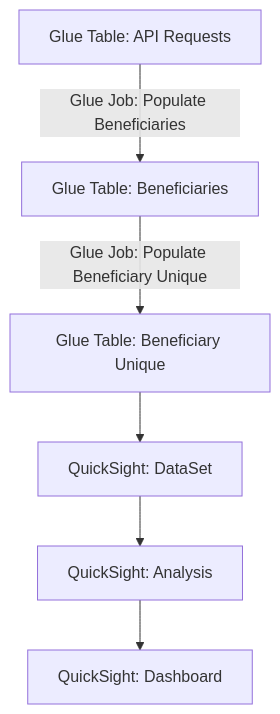
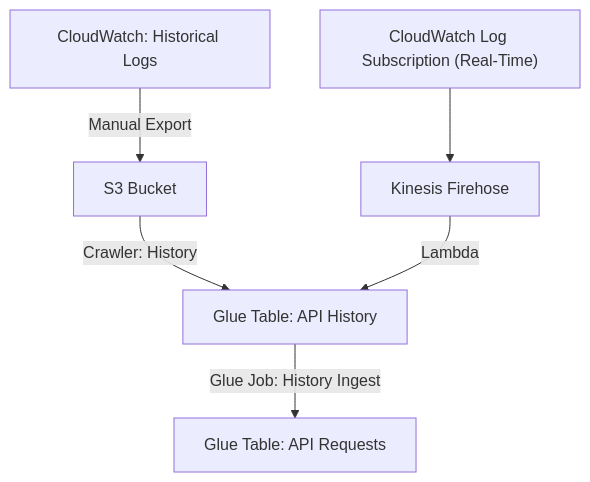
Before and after one commit to CMSgov/beneficiary-fhir-data: the diagram in insights/terraform/projects/bfd/README.md, drawn with Mermaid. The commit also changed other lines of this file and 15 other files, not shown here.

First line of the commit message:
BFD-2128: Efficient QuickSight Dashboard for BFD Insights (#1363)

````diff
--- a/insights/terraform/projects/bfd/README.md
+++ b/insights/terraform/projects/bfd/README.md
@@ -88,8 +88,9 @@
 ```mermaid
 flowchart TD
-    APIRequests["Glue Table: API Requests"] -->|Glue Job: Populate Beneficiaries| Beneficiaries["Glue Table: Beneficiaries"]
-    Beneficiaries -->|Glue Job: Populate Beneficiary Unique| BeneUnique["Glue Table: Beneficiary Unique"]
-    BeneUnique --> DataSet["QuickSight: DataSet"]
-    DataSet --> Analysis["QuickSight: Analysis"]
-    Analysis --> Dashboard["QuickSight: Dashboard"]
+    CloudWatch["CloudWatch: Historical Logs"] -->|Manual Export| S3
+    S3["S3 Bucket"] -->|Crawler: History| History["Glue Table: API History"]
+    History -->|Glue Job: History Ingest| APIRequests["Glue Table: API Requests"]
+
+    EC2["CloudWatch Log Subscription (Real-Time)"] --> Firehose["Kinesis Firehose"]
+    Firehose -->|Lambda| History
 ```
````
